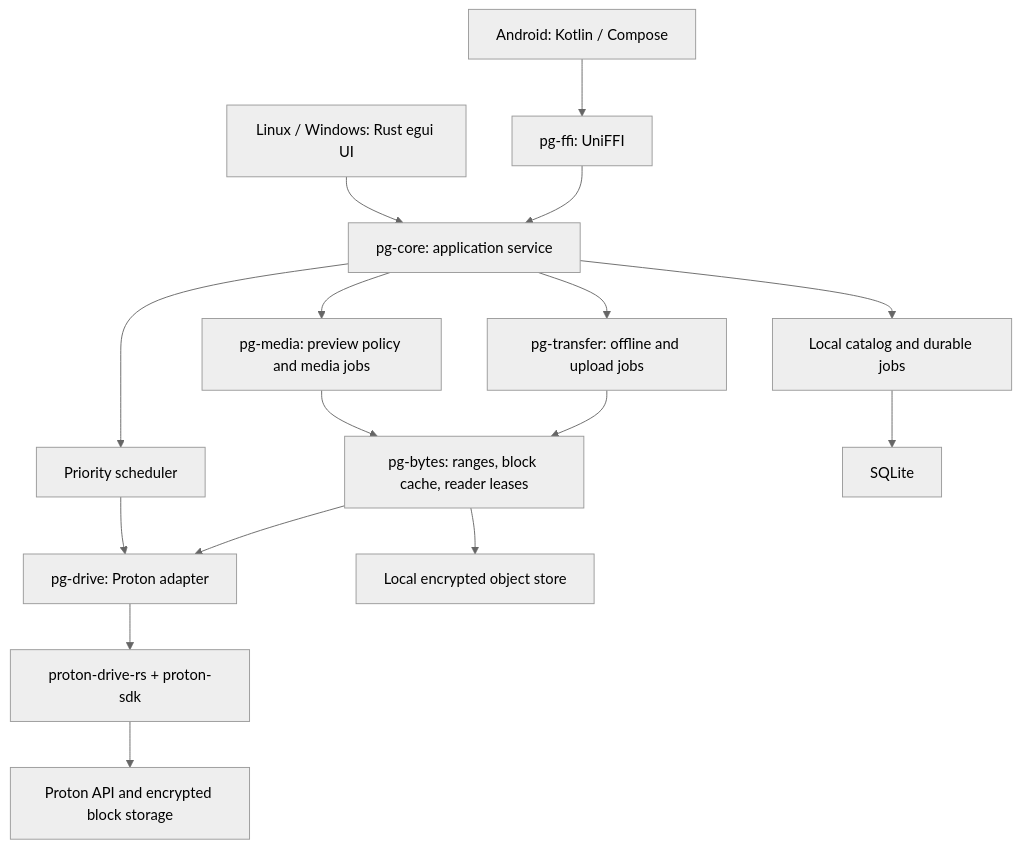
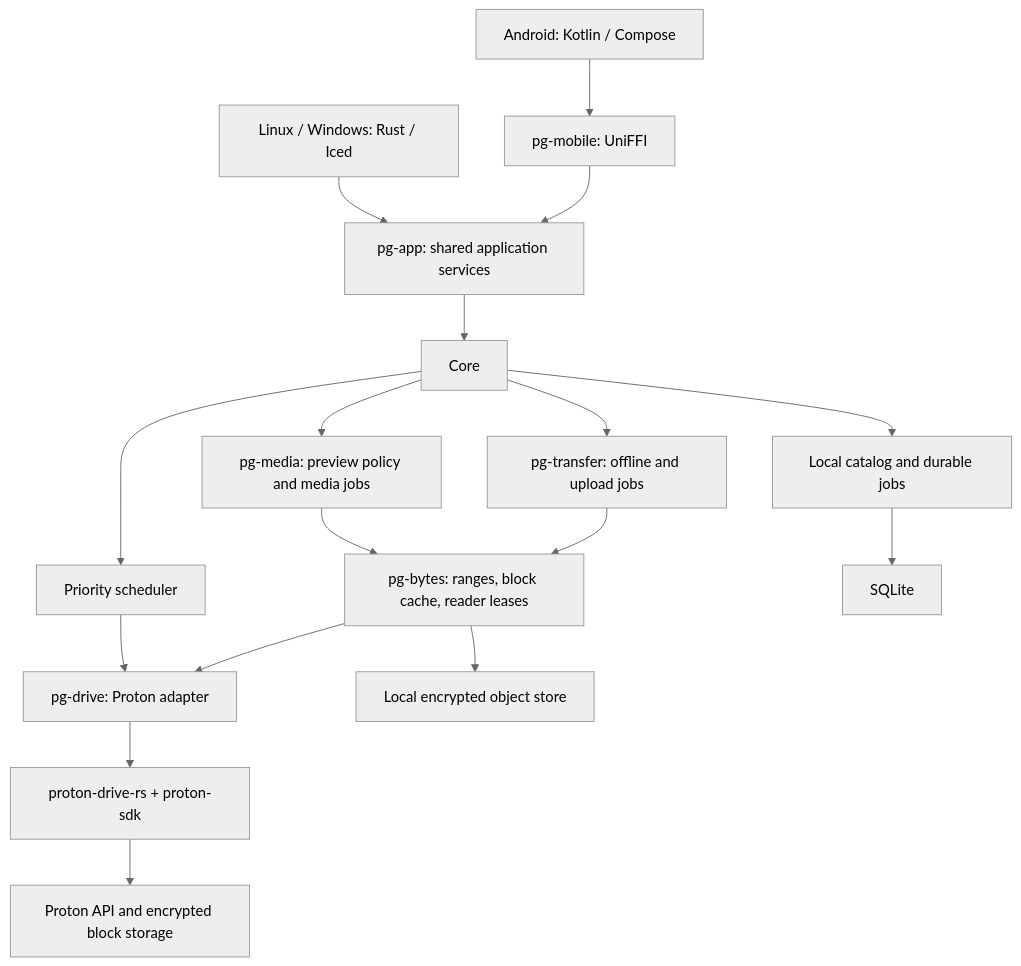
One commit to narrrl/proton-gallery changed the diagram in docs/ARCHITECTURE.md. Above: the diagram before and after it, drawn with Mermaid (neutral theme). The commit also changed other lines of this file and 70 other files, not shown here.

````diff
--- a/docs/ARCHITECTURE.md
+++ b/docs/ARCHITECTURE.md
@@ -7,18 +7,19 @@
 ```mermaid
 flowchart TD
-    Desktop[Linux / Windows: Rust egui UI] --> Core[pg-core: application service]
-    Android[Android: Kotlin / Compose] --> FFI[pg-ffi: UniFFI]
-    FFI --> Core
+    Desktop[Linux / Windows: Rust / Iced] --> App[pg-app: shared application services]
+    Android[Android: Kotlin / Compose] --> FFI
+    FFI[pg-mobile: UniFFI] --> App
+    App --> Core
     Core --> Catalog[Local catalog and durable jobs]
     Core --> Scheduler[Priority scheduler]
     Core --> Media[pg-media: preview policy and media jobs]
     Core --> Transfer[pg-transfer: offline and upload jobs]
     Media --> Bytes[pg-bytes: ranges, block cache, reader leases]
     Transfer --> Bytes
     Scheduler --> Drive[pg-drive: Proton adapter]
     Bytes --> Drive
     Drive --> SDK[proton-drive-rs + proton-sdk]
     SDK --> Remote[Proton API and encrypted block storage]
     Bytes --> Store[Local encrypted object store]
     Catalog --> DB[SQLite]
 ```
````
